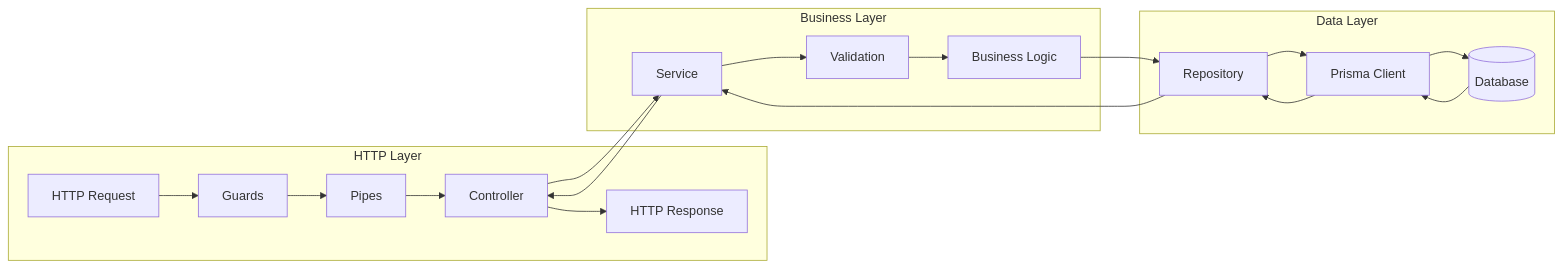
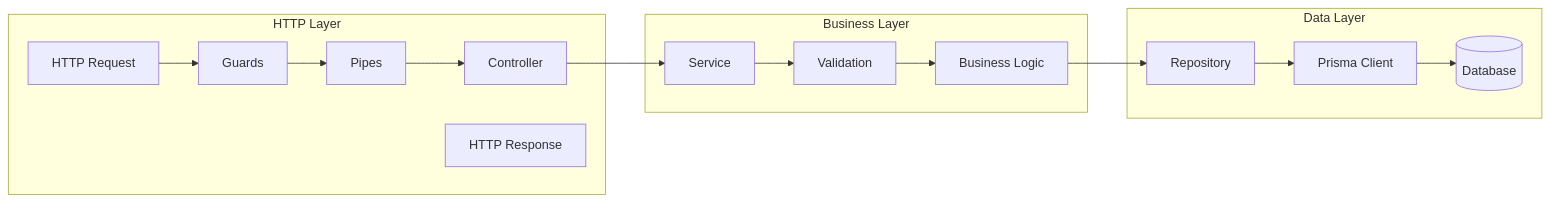
One commit to Smashkat12/crechebooks changed the second of 2 diagrams in docs/architecture/api-architecture.md. Above: the diagram before and after it, drawn with Mermaid. The commit also changed other lines of this file and 145 other files, not shown here.

````diff
--- a/docs/architecture/api-architecture.md
+++ b/docs/architecture/api-architecture.md
@@ -68,37 +377,32 @@
 ```mermaid
 graph LR
     subgraph "HTTP Layer"
         REQ[HTTP Request]
         GUARD[Guards]
         PIPE[Pipes]
         CTRL[Controller]
         RES[HTTP Response]
     end
 
     subgraph "Business Layer"
         SVC[Service]
         VALID[Validation]
         LOGIC[Business Logic]
     end
 
     subgraph "Data Layer"
         REPO[Repository]
         PRISMA[Prisma Client]
         DB[(Database)]
     end
 
     REQ --> GUARD
     GUARD --> PIPE
     PIPE --> CTRL
     CTRL --> SVC
     SVC --> VALID
     VALID --> LOGIC
     LOGIC --> REPO
     REPO --> PRISMA
     PRISMA --> DB
-    DB --> PRISMA
-    PRISMA --> REPO
-    REPO --> SVC
-    SVC --> CTRL
-    CTRL --> RES
 ```
````
